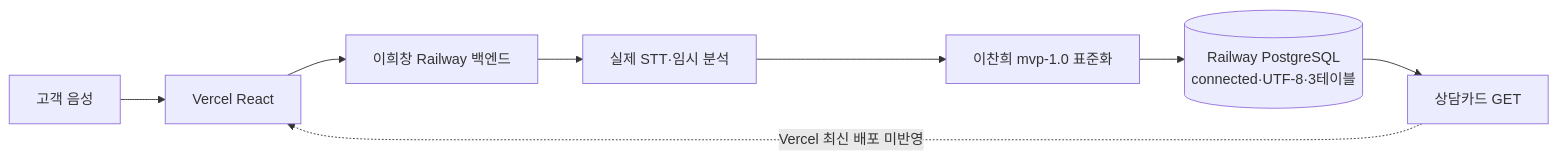
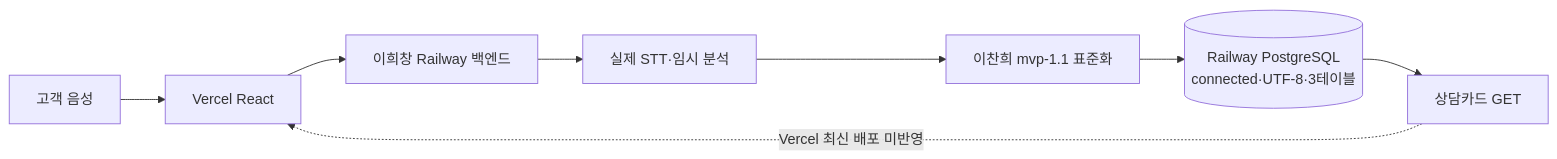
One commit to bluealmond33-debug/kda4-k7-product changed the first of 2 diagrams in docs/2026-07-16-mvp-integration-status.md. Above: the diagram before and after it, drawn with Mermaid. The commit also changed other lines of this file and 11 other files, not shown here.

````diff
--- a/docs/2026-07-16-mvp-integration-status.md
+++ b/docs/2026-07-16-mvp-integration-status.md
@@ -13,10 +13,10 @@
 ```mermaid
 flowchart LR
     A["고객 음성"] --> B["Vercel React"]
     B --> C["이희창 Railway 백엔드"]
     C --> D["실제 STT·임시 분석"]
-    D --> E["이찬희 mvp-1.0 표준화"]
+    D --> E["이찬희 mvp-1.1 표준화"]
     E --> F[("Railway PostgreSQL\nconnected·UTF-8·3테이블")]
     F --> G["상담카드 GET"]
     G -. "Vercel 최신 배포 미반영" .-> B
 ```
````
